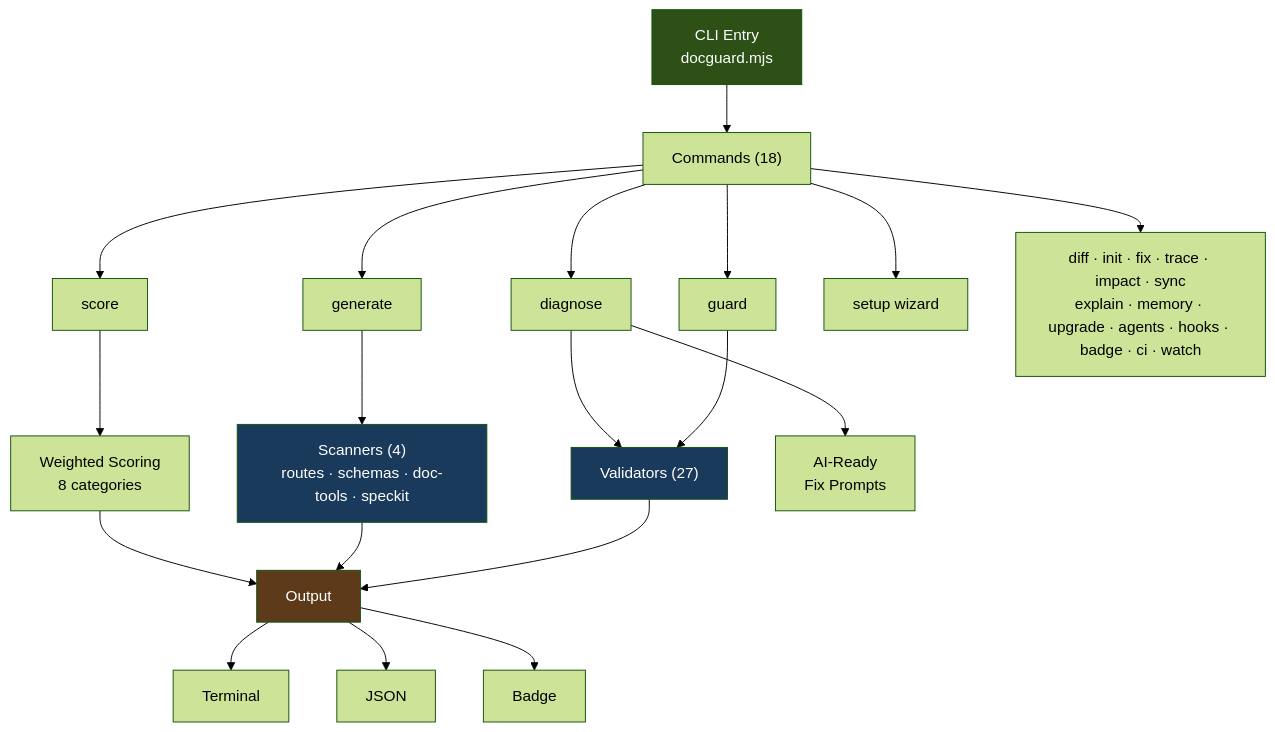
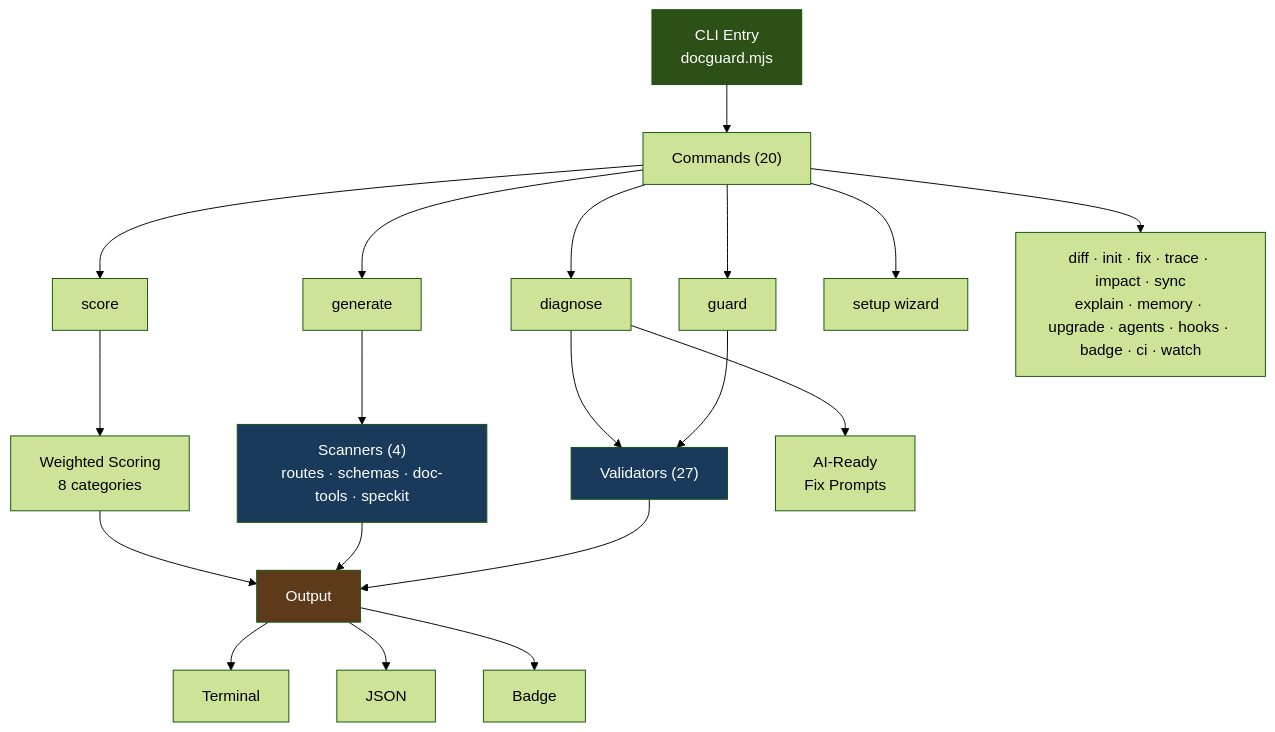
One commit to raccioly/docguard changed the diagram in README.md. Above: the diagram before and after it, drawn with Mermaid (forest theme). The commit also changed other lines of this file and 9 other files, not shown here.

````diff
--- a/README.md
+++ b/README.md
@@ -69,28 +70,28 @@
 ```mermaid
 graph TD
-    CLI["CLI Entry<br/>docguard.mjs"] --> Commands["Commands (18)"]
+    CLI["CLI Entry<br/>docguard.mjs"] --> Commands["Commands (20)"]
     Commands --> guard["guard"]
     Commands --> generate["generate"]
     Commands --> score["score"]
     Commands --> diagnose["diagnose"]
     Commands --> setup["setup wizard"]
     Commands --> other["diff · init · fix · trace · impact · sync<br/>explain · memory · upgrade · agents · hooks · badge · ci · watch"]
 
     guard --> Validators["Validators (27)"]
     generate --> Scanners["Scanners (4)<br/>routes · schemas · doc-tools · speckit"]
     score --> Scoring["Weighted Scoring<br/>8 categories"]
     diagnose --> Validators
     diagnose --> AIPrompts["AI-Ready<br/>Fix Prompts"]
 
     Validators --> Output["Output"]
     Scanners --> Output
     Scoring --> Output
     Output --> Terminal["Terminal"]
     Output --> JSON["JSON"]
     Output --> Badge["Badge"]
 
     style CLI fill:#2d5016,color:#fff
     style Validators fill:#1a3a5c,color:#fff
     style Scanners fill:#1a3a5c,color:#fff
     style Output fill:#5c3a1a,color:#fff
 ```
````
